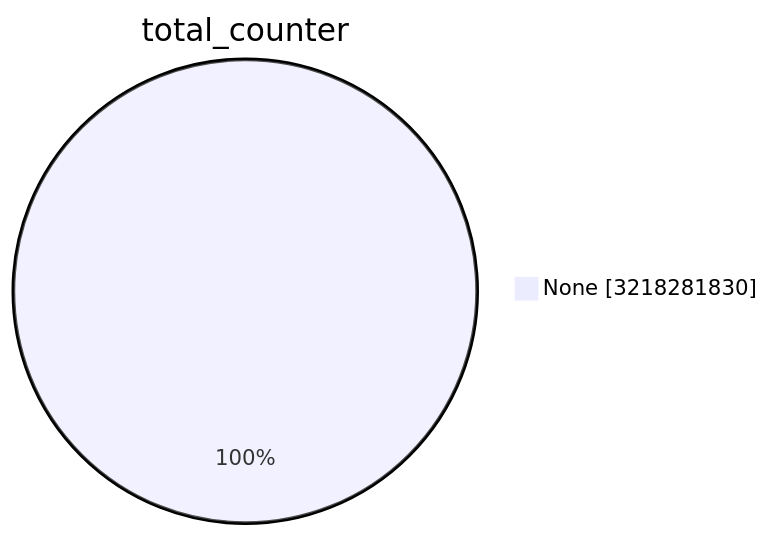
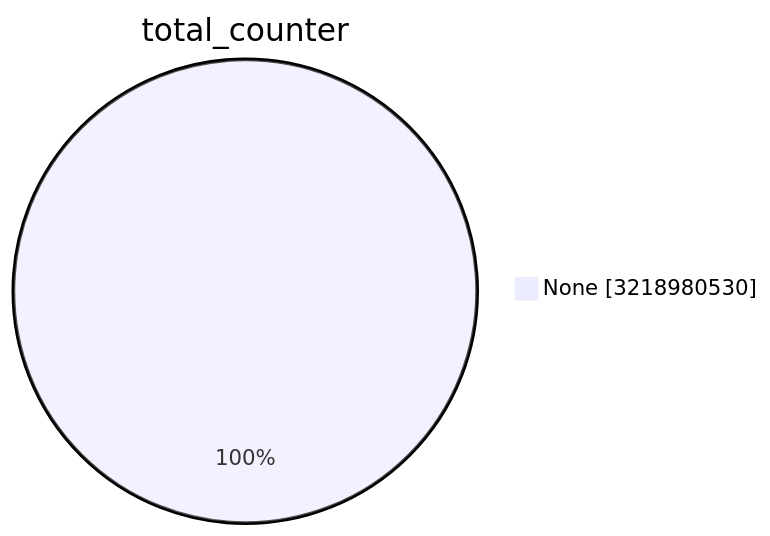
Before and after one commit to christiankrug/ctmonitor_visualization: the first of 15 diagrams in TOTAL/README.md, drawn with Mermaid. The commit also changed other lines of this file, not shown here.

````diff
--- a/TOTAL/README.md
+++ b/TOTAL/README.md
@@ -1,5 +1,5 @@
 ```mermaid
 pie showData
 title total_counter
-"None" :3218281830
+"None" :3218980530
 ```
````
